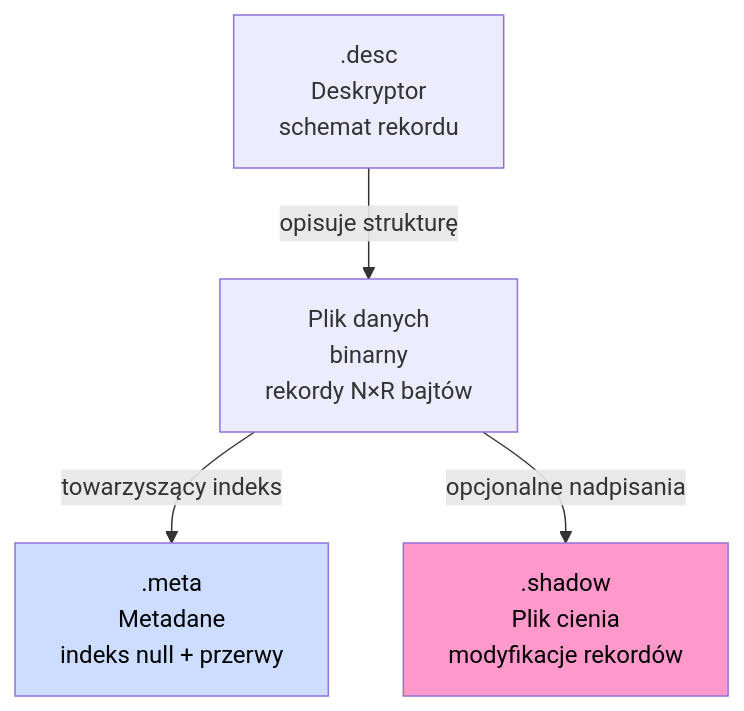
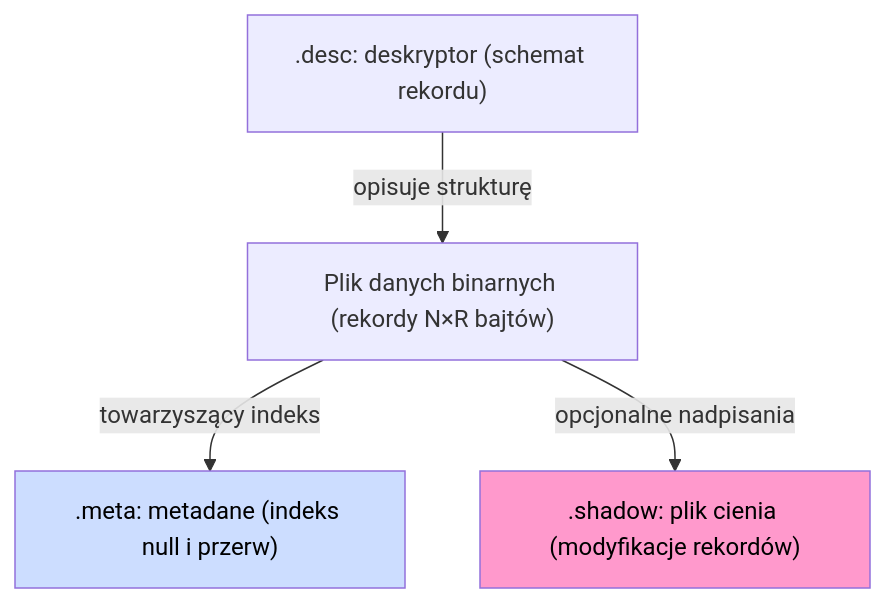
One commit to michalwidera/dokumentacja-rdb changed the first of 9 diagrams in architektura-systemu-przetwarzania-danych/format-zapisu-danych.md. Above: the diagram before and after it, drawn with Mermaid. The commit also changed other lines of this file, not shown here.

````diff
--- a/architektura-systemu-przetwarzania-danych/format-zapisu-danych.md
+++ b/architektura-systemu-przetwarzania-danych/format-zapisu-danych.md
@@ -43,14 +43,14 @@
 ```mermaid
 graph TD
-    D[".desc\nDeskryptor\nschemat rekordu"]
-    B["Plik danych\n binarny\nrekordy N×R bajtów"]
-    M[".meta\nMetadane\nindeks null + przerwy"]
-    S[".shadow\nPlik cienia\nmodyfikacje rekordów"]
+  D[".desc: deskryptor (schemat rekordu)"]
+  B["Plik danych binarnych (rekordy N×R bajtów)"]
+  M[".meta: metadane (indeks null i przerw)"]
+  S[".shadow: plik cienia (modyfikacje rekordów)"]
 
     D -->|"opisuje strukturę"| B
     B -->|"towarzyszący indeks"| M
     B -->|"opcjonalne nadpisania"| S
 
     style S fill:#f9c,color:#000
     style M fill:#cdf,color:#000
 ```
````
